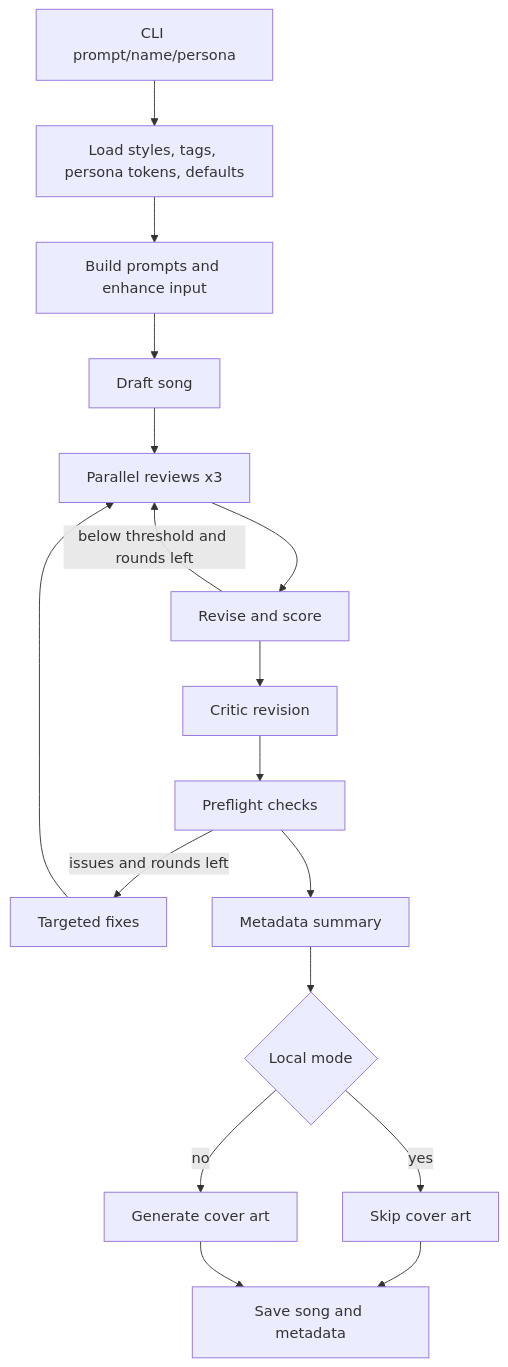
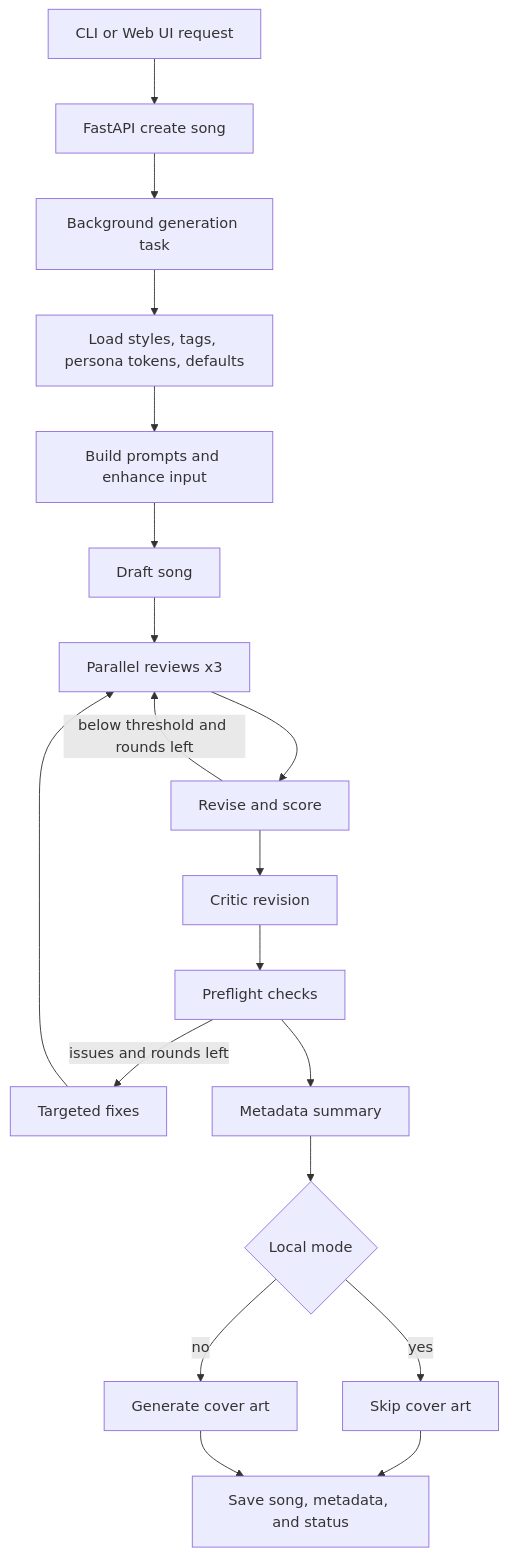
The diagram in README.md (robertrittmuller/song-master), drawn with Mermaid before and after one commit. The commit also changed other lines of this file and 1 other file, not shown here.

Commit message:
docs: correct architecture ownership docs

````diff
--- a/README.md
+++ b/README.md
@@ -503,19 +507,21 @@
 ```mermaid
 flowchart TD
-    A[CLI prompt/name/persona] --> B[Load styles, tags, persona tokens, defaults]
-    B --> C[Build prompts and enhance input]
-    C --> D[Draft song]
-    D --> E[Parallel reviews x3]
-    E --> F[Revise and score]
-    F -->|below threshold and rounds left| E
-    F --> G[Critic revision]
-    G --> H[Preflight checks]
-    H -->|issues and rounds left| I[Targeted fixes]
-    I --> E
-    H --> J[Metadata summary]
-    J --> K{Local mode}
-    K -->|yes| L[Skip cover art]
-    K -->|no| M[Generate cover art]
-    L --> N[Save song and metadata]
-    M --> N
+    A[CLI or Web UI request] --> B[FastAPI create song]
+    B --> C[Background generation task]
+    C --> D[Load styles, tags, persona tokens, defaults]
+    D --> E[Build prompts and enhance input]
+    E --> F[Draft song]
+    F --> G[Parallel reviews x3]
+    G --> H[Revise and score]
+    H -->|below threshold and rounds left| G
+    H --> I[Critic revision]
+    I --> J[Preflight checks]
+    J -->|issues and rounds left| K[Targeted fixes]
+    K --> G
+    J --> L[Metadata summary]
+    L --> M{Local mode}
+    M -->|yes| N[Skip cover art]
+    M -->|no| O[Generate cover art]
+    N --> P[Save song, metadata, and status]
+    O --> P
 ```
````
